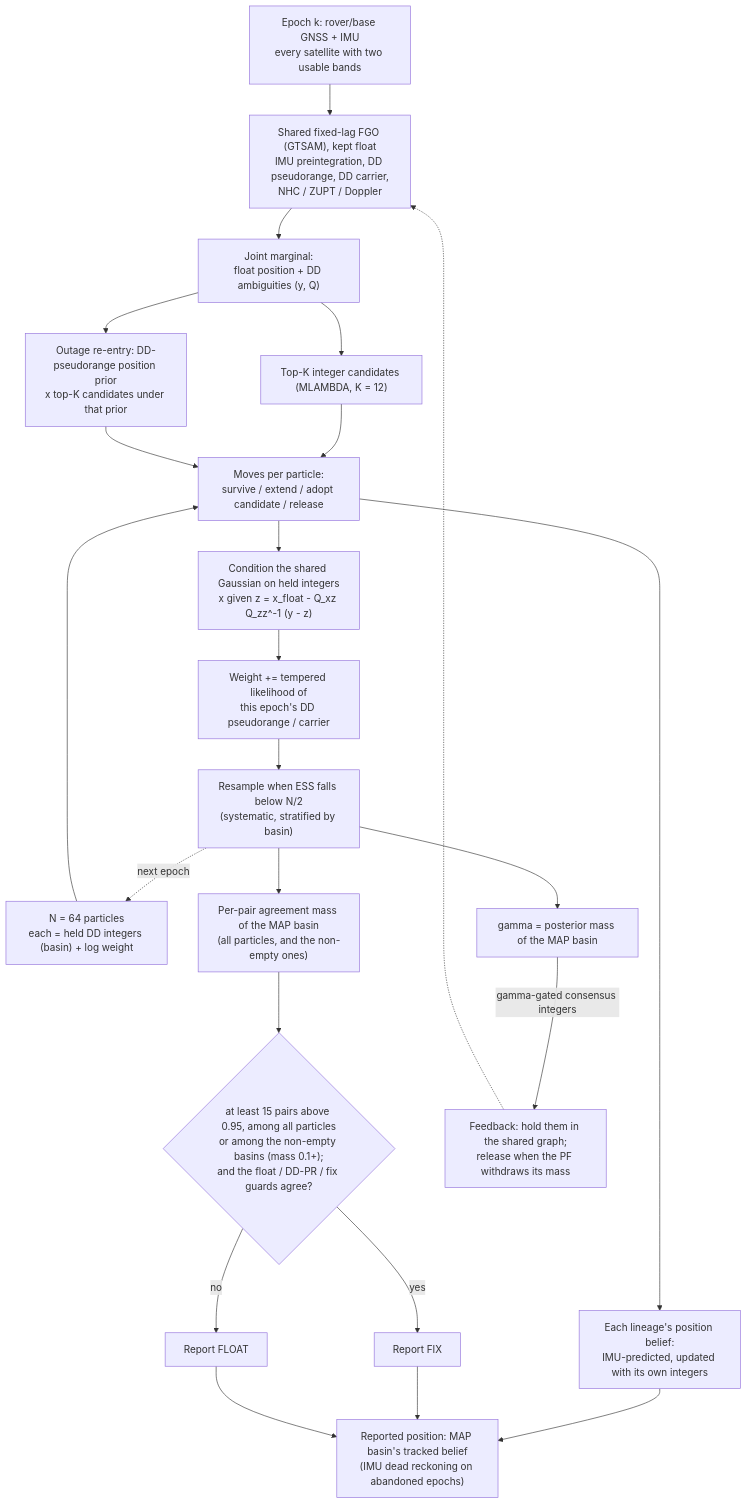
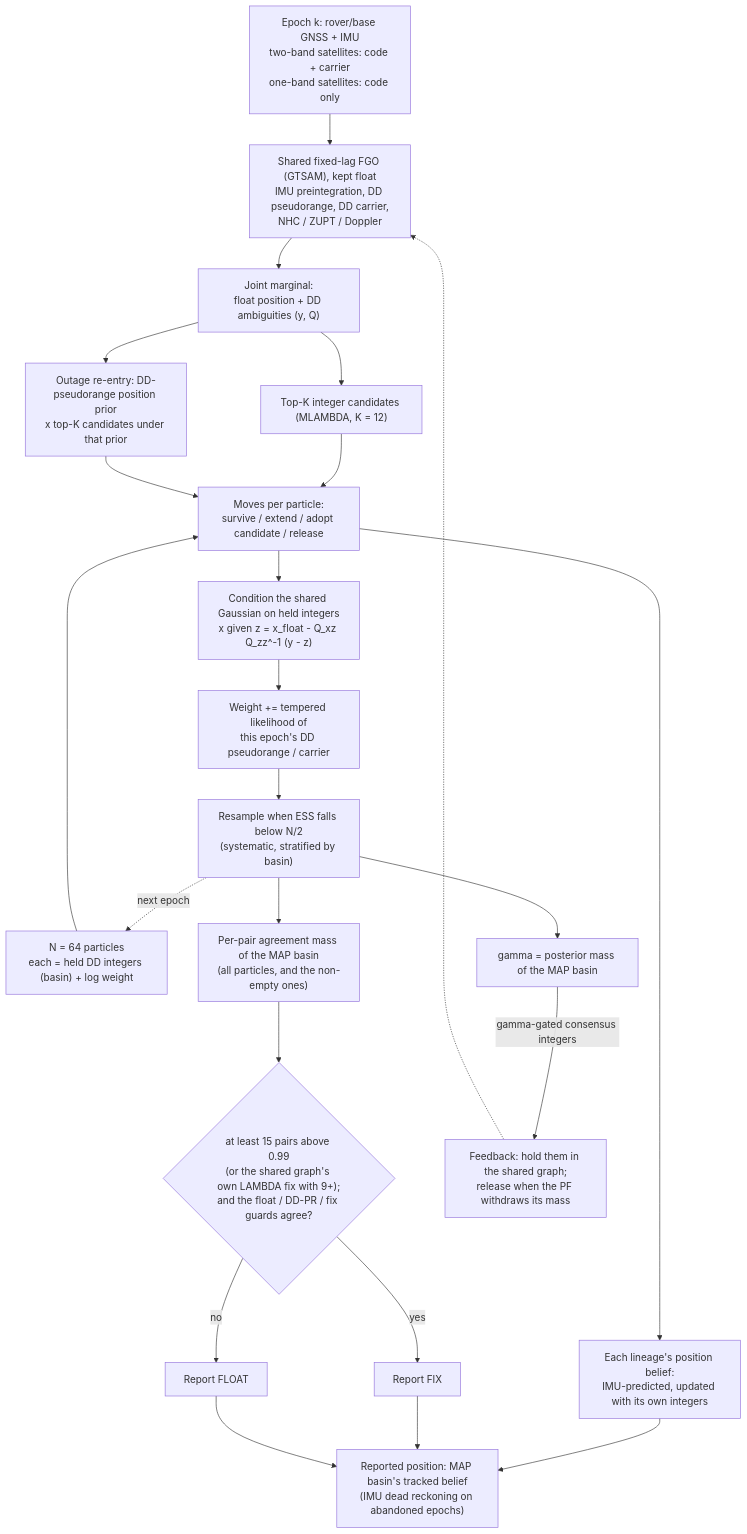
One commit to mfkiwl/gnss_gpu changed the first of 2 diagrams in README.md. Above: the diagram before and after it, drawn with Mermaid. The commit also changed other lines of this file and 7 other files, not shown here.

First line of the commit message:
RB-FGO-PF WP47: ship one-band code-only satellites, 10 deg mask and a six-run label

````diff
--- a/README.md
+++ b/README.md
@@ -101,25 +106,25 @@
 ```mermaid
 flowchart TD
-    Obs["Epoch k: rover/base GNSS + IMU<br/>every satellite with two usable bands"] --> FGO["Shared fixed-lag FGO (GTSAM), kept float<br/>IMU preintegration, DD pseudorange, DD carrier,<br/>NHC / ZUPT / Doppler"]
+    Obs["Epoch k: rover/base GNSS + IMU<br/>two-band satellites: code + carrier<br/>one-band satellites: code only"] --> FGO["Shared fixed-lag FGO (GTSAM), kept float<br/>IMU preintegration, DD pseudorange, DD carrier,<br/>NHC / ZUPT / Doppler"]
     FGO --> Marg["Joint marginal:<br/>float position + DD ambiguities (y, Q)"]
     Marg --> Cand["Top-K integer candidates (MLAMBDA, K = 12)"]
     Marg --> Spawn["Outage re-entry: DD-pseudorange position prior<br/>x top-K candidates under that prior"]
     PF["N = 64 particles<br/>each = held DD integers (basin) + log weight"] --> Moves
     Cand --> Moves["Moves per particle:<br/>survive / extend / adopt candidate / release"]
     Spawn --> Moves
     Moves --> Cond["Condition the shared Gaussian on held integers<br/>x given z = x_float - Q_xz Q_zz^-1 (y - z)"]
     Cond --> W["Weight += tempered likelihood of<br/>this epoch's DD pseudorange / carrier"]
     W --> Res["Resample when ESS falls below N/2<br/>(systematic, stratified by basin)"]
     Res --> Gamma["gamma = posterior mass of the MAP basin"]
     Moves --> Track["Each lineage's position belief:<br/>IMU-predicted, updated with its own integers"]
     Res -. next epoch .-> PF
     Res --> Agree["Per-pair agreement mass of the MAP basin<br/>(all particles, and the non-empty ones)"]
-    Agree --> Dec{"at least 15 pairs above 0.95, among all particles<br/>or among the non-empty basins (mass 0.1+);<br/>and the float / DD-PR / fix guards agree?"}
+    Agree --> Dec{"at least 15 pairs above 0.99<br/>(or the shared graph's own LAMBDA fix with 9+);<br/>and the float / DD-PR / fix guards agree?"}
     Dec -- yes --> Fix["Report FIX"]
     Dec -- no --> Flt["Report FLOAT"]
     Track --> Pos["Reported position: MAP basin's tracked belief<br/>(IMU dead reckoning on abandoned epochs)"]
     Fix --> Pos
     Flt --> Pos
     Gamma -- "gamma-gated consensus integers" --> FB["Feedback: hold them in the shared graph;<br/>release when the PF withdraws its mass"]
     FB -.-> FGO
 ```
````
